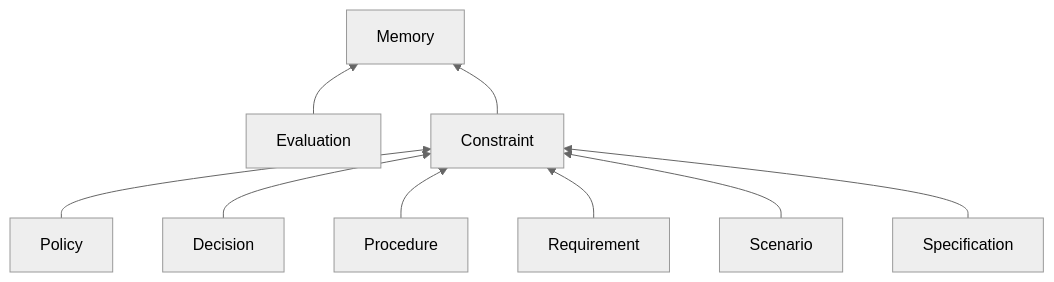
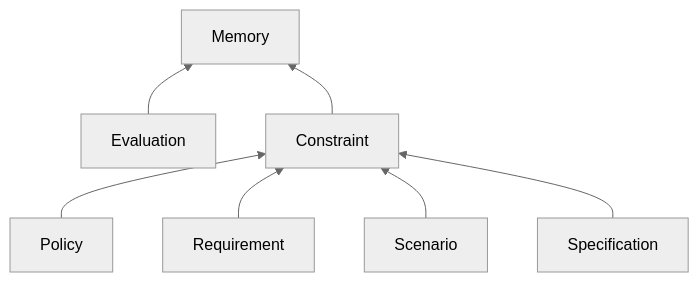
One commit to gastownhall/bdp changed the sixth of 7 diagrams in specs/types/memory/memory.md. Above: the diagram before and after it, drawn with Mermaid (neutral theme). The commit also changed other lines of this file and 3 other files, not shown here.

First line of the commit message:
docs(memory): publish accepted Decision and Procedure removals

````diff
--- a/specs/types/memory/memory.md
+++ b/specs/types/memory/memory.md
@@ -313,11 +311,9 @@
 ```mermaid
 flowchart BT
     Evaluation --> Memory
     Constraint --> Memory
     Policy --> Constraint
-    Decision --> Constraint
-    Procedure --> Constraint
     Requirement --> Constraint
     Scenario --> Constraint
     Specification --> Constraint
 ```
````
